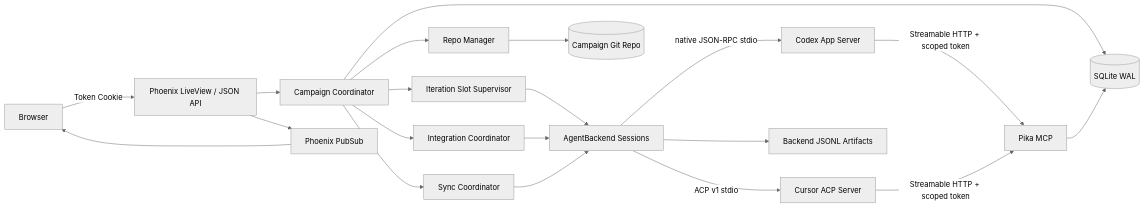
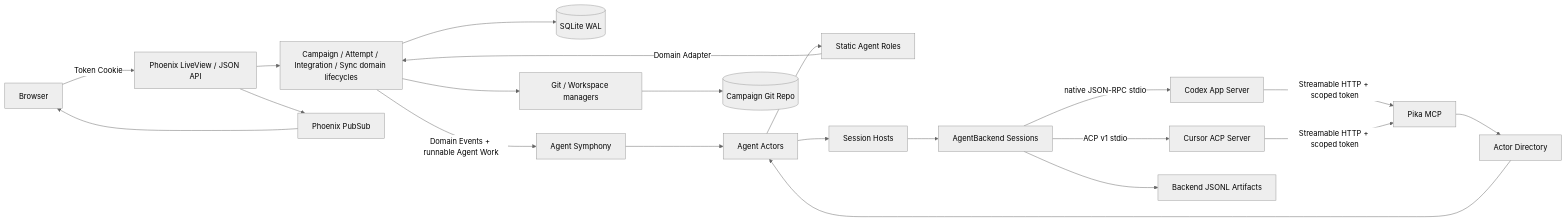
The first of 2 diagrams in docs/design/architecture.md (reyoung/pika), drawn with Mermaid (neutral theme) before and after one commit. The commit also changed other lines of this file and 51 other files, not shown here.

Commit message:
refactor: unify agent roles under actor runtime

````diff
--- a/docs/design/architecture.md
+++ b/docs/design/architecture.md
@@ -22,22 +22,23 @@
 ```mermaid
 flowchart LR
     Browser[Browser] -->|Token Cookie| Web[Phoenix LiveView / JSON API]
-    Web --> Coordinator[Campaign Coordinator]
+    Web --> Domain[Campaign / Attempt / Integration / Sync domain lifecycles]
     Web --> PubSub[Phoenix PubSub]
-    Coordinator --> DB[(SQLite WAL)]
-    Coordinator --> Repo[Repo Manager]
-    Coordinator --> Slots[Iteration Slot Supervisor]
-    Coordinator --> Integration[Integration Coordinator]
-    Coordinator --> Sync[Sync Coordinator]
-    Slots --> Sessions[AgentBackend Sessions]
-    Integration --> Sessions
-    Sync --> Sessions
+    Domain --> DB[(SQLite WAL)]
+    Domain --> Repo[Git / Workspace managers]
+    Domain -->|Domain Events + runnable Agent Work| Symphony[Agent Symphony]
+    Symphony --> Actors[Agent Actors]
+    Actors --> Roles[Static Agent Roles]
+    Actors --> Hosts[Session Hosts]
+    Hosts --> Sessions[AgentBackend Sessions]
     Sessions -->|native JSON-RPC stdio| Codex[Codex App Server]
     Sessions -->|ACP v1 stdio| Cursor[Cursor ACP Server]
     Codex -->|Streamable HTTP + scoped token| MCP[Pika MCP]
     Cursor -->|Streamable HTTP + scoped token| MCP
-    MCP --> DB
+    MCP --> Directory[Actor Directory]
+    Directory --> Actors
+    Roles -->|Domain Adapter| Domain
     Sessions --> Logs[Backend JSONL Artifacts]
     Repo --> Git[(Campaign Git Repo)]
     PubSub --> Browser
 ```
````
